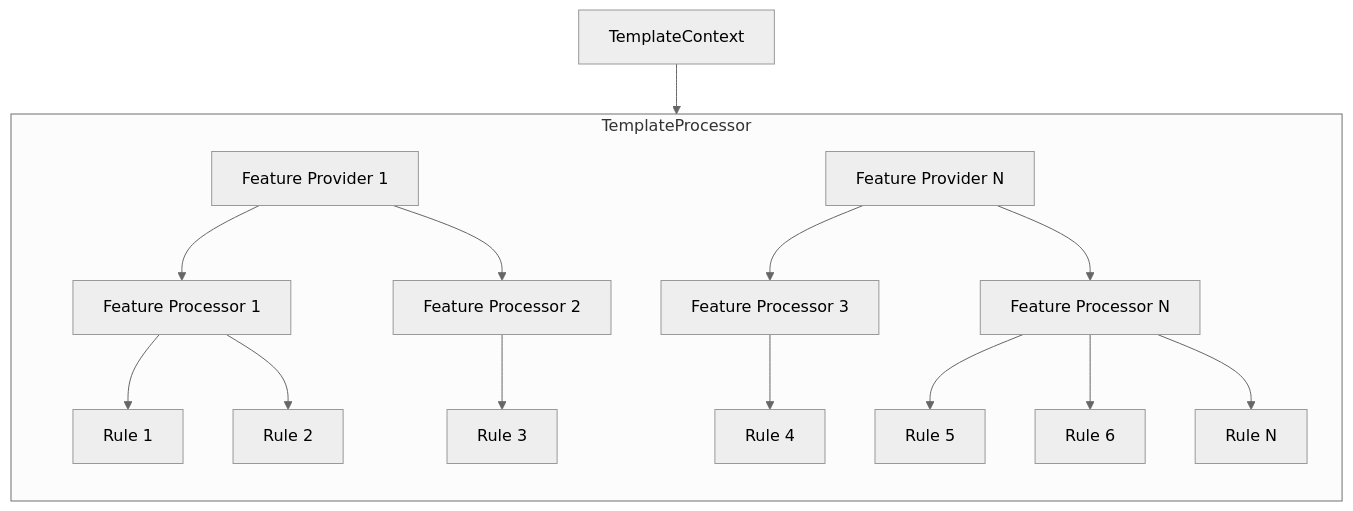
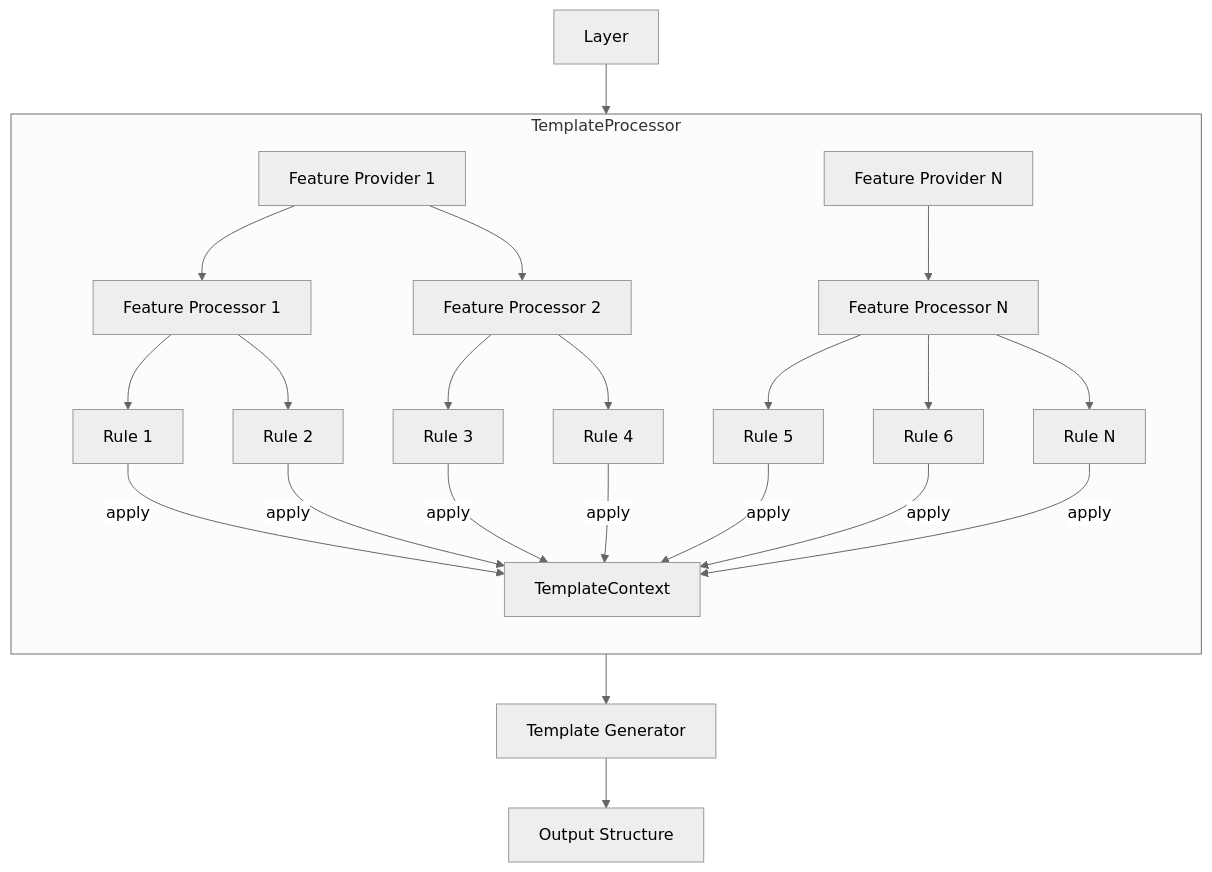
Before and after one commit to realAleksha/kotli: the third of 8 diagrams in docs/engine/architecture.md, drawn with Mermaid (neutral theme). The commit also changed other lines of this file and 2 other files, not shown here.

Commit message:
docs (*) template overview

````diff
--- a/docs/engine/architecture.md
+++ b/docs/engine/architecture.md
@@ -73,36 +73,46 @@
 ```mermaid
 graph TD
    class TemplateProcessor abstract
    class FeatureProcessor abstract
    class FeatureProvider abstract
-   class TemplateContext abstract
+   Layer
+   TG["Template Generator"]
+   TS["TemplateContext"]
+   OS["Output Structure"]
    subgraph TemplateProcessor
-       direction TB
-       FP1["Feature Provider 1"]
-       FPN["Feature Provider N"]
-       P1["Feature Processor 1"]
-       P2["Feature Processor 2"]
-       P3["Feature Processor 3"]
-       PN["Feature Processor N"]
-       R1["Rule 1"]
-       R2["Rule 2"]
-       R3["Rule 3"]
-       R4["Rule 4"]
-       R5["Rule 5"]
-       R6["Rule 6"]
-       RN["Rule N"]
-       FP1 --> P1
-       FP1 --> P2
-       FPN --> P3
-       FPN --> PN
-       P1 --> R1
-       P1 --> R2
-       P2 --> R3
-       P3 --> R4
-       PN --> R5
-       PN --> R6
-       PN --> RN
+      direction TB
+      FP1["Feature Provider 1"]
+      FPN["Feature Provider N"]
+      P1["Feature Processor 1"]
+      P2["Feature Processor 2"]
+      PN["Feature Processor N"]
+      R1["Rule 1"]
+      R2["Rule 2"]
+      R3["Rule 3"]
+      R4["Rule 4"]
+      R5["Rule 5"]
+      R6["Rule 6"]
+      RN["Rule N"]
+      FP1 --> P1
+      FP1 --> P2
+      FPN --> PN
+      P1 --> R1
+      P1 --> R2
+      P2 --> R3
+      P2 --> R4
+      PN --> R5
+      PN --> R6
+      PN --> RN
+      R1 --> |apply|TS
+      R2 --> |apply|TS
+      R3 --> |apply|TS
+      R4 --> |apply|TS
+      R5 --> |apply|TS
+      R6 --> |apply|TS
+      RN --> |apply|TS
    end
 
-   TemplateContext --> TemplateProcessor
+   Layer --> TemplateProcessor
+   TS --> TG
+   TG --> OS
 ```
````
